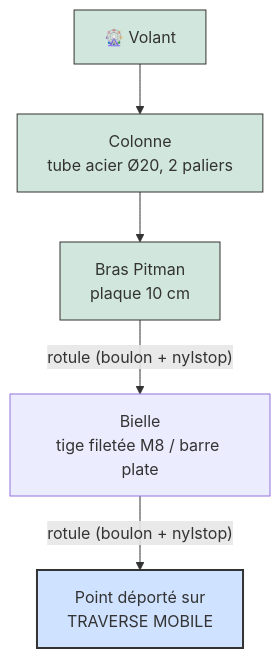
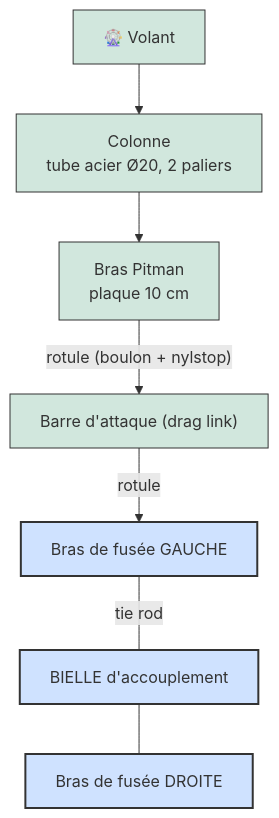
One commit to pinkymaxou/powered-soapbox-car changed the fifth of 11 diagrams in README.md. Above: the diagram before and after it, drawn with Mermaid. The commit also changed other lines of this file and 6 other files, not shown here.

````diff
--- a/README.md
+++ b/README.md
@@ -224,17 +227,20 @@
 ```mermaid
 flowchart TD
     V["🎡 Volant"]
     C["Colonne<br/>tube acier Ø20, 2 paliers"]
     P["Bras Pitman<br/>plaque 10 cm"]
-    B["Bielle<br/>tige filetée M8 / barre plate"]
-    T["Point déporté sur<br/>TRAVERSE MOBILE"]
+    DL["Barre d'attaque (drag link)"]
+    BG["Bras de fusée GAUCHE"]
+    BIE["BIELLE d'accouplement"]
+    BD["Bras de fusée DROITE"]
 
     V --> C --> P
-    P -- "rotule (boulon + nylstop)" --> B
-    B -- "rotule (boulon + nylstop)" --> T
+    P -- "rotule (boulon + nylstop)" --> DL
+    DL -- "rotule" --> BG
+    BG -- "tie rod" --- BIE --- BD
 
     classDef cmd fill:#d1e7dd,stroke:#333;
     classDef mobile fill:#cfe2ff,stroke:#333,stroke-width:2px;
-    class V,C,P cmd;
-    class T mobile;
+    class V,C,P,DL cmd;
+    class BG,BD,BIE mobile;
 ```
````
